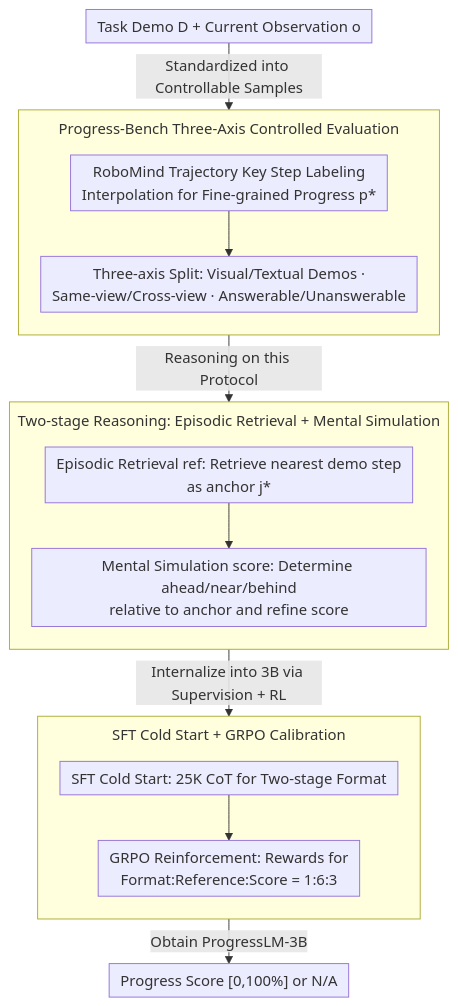
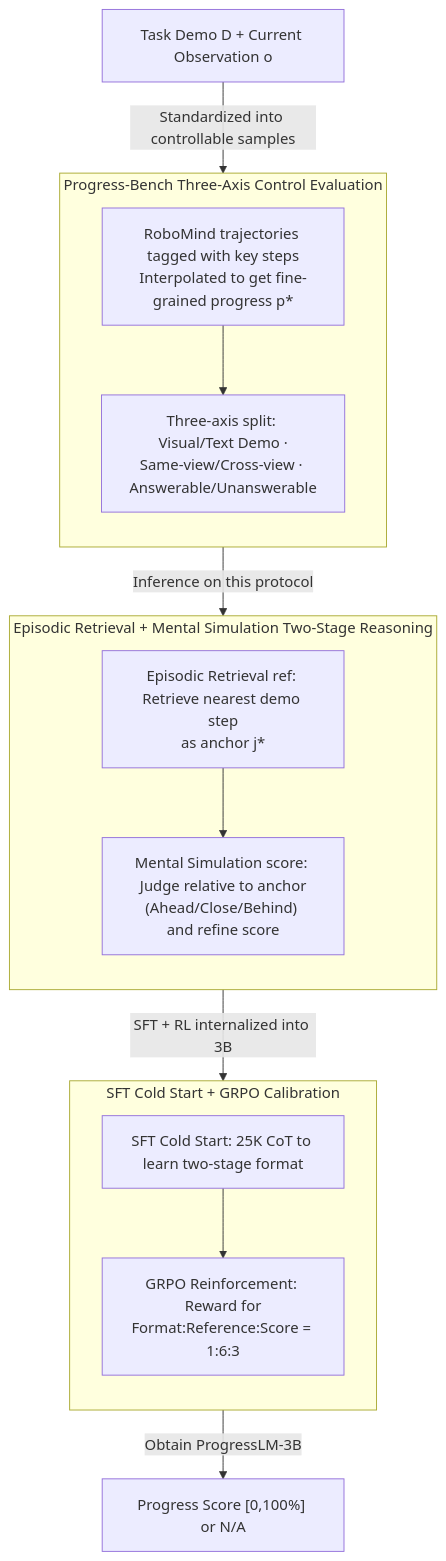
The diagram in docs/ACL2026/vlm_reasoning/progresslm_towards_progress_reasoning_in_vision-language_models.md (zhaoyang97/Paper-Notes-en), drawn with Mermaid before and after one commit. The commit also changed other lines of this file and 5084 other files, not shown here.

````diff
--- a/docs/ACL2026/vlm_reasoning/progresslm_towards_progress_reasoning_in_vision-language_models.md
+++ b/docs/ACL2026/vlm_reasoning/progresslm_towards_progress_reasoning_in_vision-language_models.md
@@ -47,29 +47,28 @@
 ```mermaid
-%%{init: {'flowchart': {'rankSpacing': 24, 'nodeSpacing': 28, 'padding': 6, 'wrappingWidth': 400, 'subGraphTitleMargin': {'top': 8, 'bottom': 16}}}}%%
-flowchart TD
-    A["Task Demo D + Current Observation o"] -->|Standardized into Controllable Samples| BENCH
+graph TD
+    A["Task Demo D + Current Observation o"] -->|Standardized into controllable samples| BENCH
 
-    subgraph BENCH["Progress-Bench Three-Axis Controlled Evaluation"]
+    subgraph BENCH["Progress-Bench Three-Axis Control Evaluation"]
         direction TB
-        B1["RoboMind Trajectory Key Step Labeling <br/>Interpolation for Fine-grained Progress p*"]
-        B1 --> B2["Three-axis Split: Visual/Textual Demos ·<br/>Same-view/Cross-view · Answerable/Unanswerable"]
+        B1["RoboMind trajectories tagged with key steps<br/>Interpolated to get fine-grained progress p*"]
+        B1 --> B2["Three-axis split: Visual/Text Demo ·<br/>Same-view/Cross-view · Answerable/Unanswerable"]
     end
 
-    BENCH -->|Reasoning on this Protocol| INFER
+    BENCH -->|Inference on this protocol| INFER
 
-    subgraph INFER["Two-stage Reasoning: Episodic Retrieval + Mental Simulation"]
+    subgraph INFER["Episodic Retrieval + Mental Simulation Two-Stage Reasoning"]
         direction TB
         R1["Episodic Retrieval ref: Retrieve nearest demo step<br/>as anchor j*"]
-        R1 --> R2["Mental Simulation score: Determine ahead/near/behind<br/>relative to anchor and refine score"]
+        R1 --> R2["Mental Simulation score: Judge relative to anchor<br/>(Ahead/Close/Behind) and refine score"]
     end
 
-    INFER -->|Internalize into 3B via Supervision + RL| TRAIN
+    INFER -->|SFT + RL internalized into 3B| TRAIN
 
     subgraph TRAIN["SFT Cold Start + GRPO Calibration"]
         direction TB
-        T1["SFT Cold Start: 25K CoT for Two-stage Format"]
-        T1 --> T2["GRPO Reinforcement: Rewards for<br/>Format:Reference:Score = 1:6:3"]
+        T1["SFT Cold Start: 25K CoT to learn two-stage format"]
+        T1 --> T2["GRPO Reinforcement: Reward for<br/>Format:Reference:Score = 1:6:3"]
     end
 
     TRAIN -->|Obtain ProgressLM-3B| O["Progress Score [0,100%] or N/A"]
 ```
````
